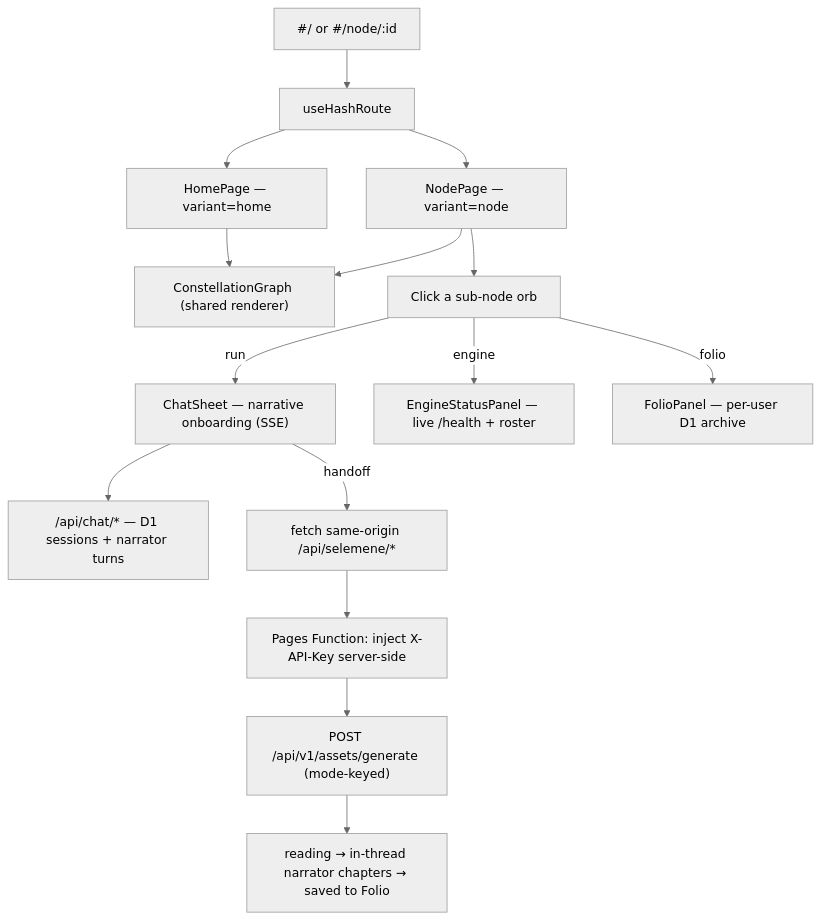
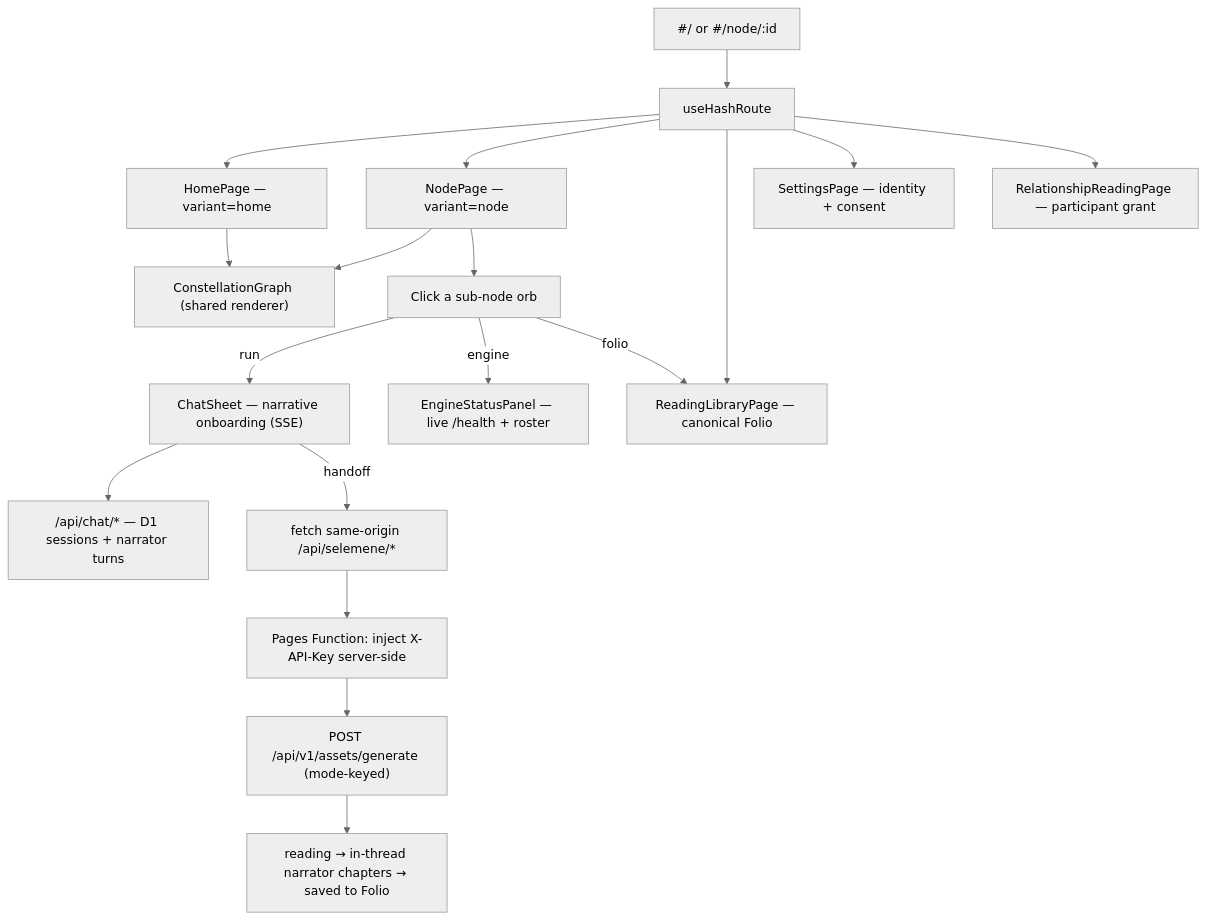
One commit to Sheshiyer/urania-137 changed the diagram in README.md. Above: the diagram before and after it, drawn with Mermaid (neutral theme). The commit also changed other lines of this file and 177 other files, not shown here.

Commit message:
test(ui): gate the graph-first realignment

````diff
--- a/README.md
+++ b/README.md
@@ -177,17 +202,20 @@
 ```mermaid
 graph TD
     URL["#/  or  #/node/:id"] --> RT[useHashRoute]
     RT --> HP["HomePage — variant=home"]
     RT --> NP["NodePage — variant=node"]
     HP --> G["ConstellationGraph (shared renderer)"]
     NP --> G
+    RT --> FL["ReadingLibraryPage — canonical Folio"]
+    RT --> ST["SettingsPage — identity + consent"]
+    RT --> RR["RelationshipReadingPage — participant grant"]
     NP --> K[Click a sub-node orb]
     K -->|run| C["ChatSheet — narrative onboarding (SSE)"]
     K -->|engine| ES["EngineStatusPanel — live /health + roster"]
-    K -->|folio| FP["FolioPanel — per-user D1 archive"]
+    K -->|folio| FL
     C --> CT["/api/chat/* — D1 sessions + narrator turns"]
     C -->|handoff| P["fetch same-origin /api/selemene/*"]
     P --> PX["Pages Function: inject X-API-Key server-side"]
     PX --> H["POST /api/v1/assets/generate (mode-keyed)"]
     H --> R["reading → in-thread narrator chapters → saved to Folio"]
 ```
````
